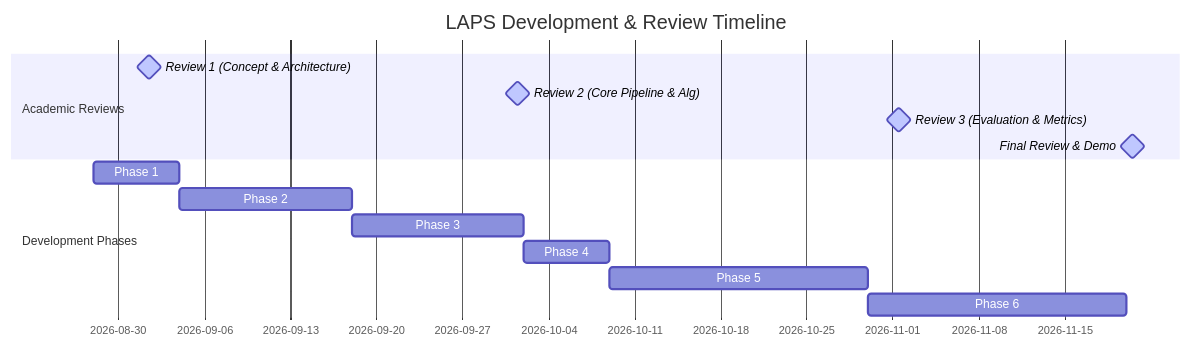
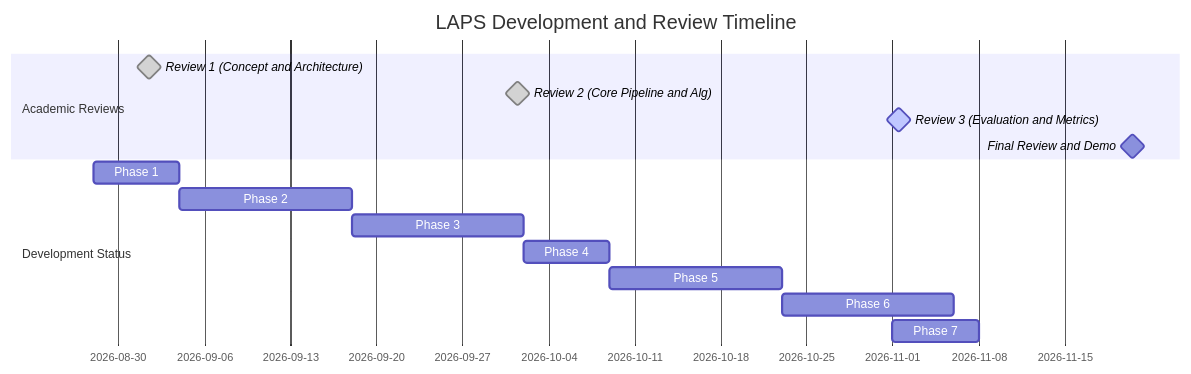
One commit to ISHANTARE/Project-1 changed the diagram in docs/roadmap.md. Above: the diagram before and after it, drawn with Mermaid. The commit also changed other lines of this file and 36 other files, not shown here.

````diff
--- a/docs/roadmap.md
+++ b/docs/roadmap.md
@@ -9,17 +9,18 @@
 ```mermaid
 gantt
-    title LAPS Development & Review Timeline
+    title LAPS Development and Review Timeline
     dateFormat  YYYY-MM-DD
     section Academic Reviews
-    Review 1 (Concept & Architecture)    :milestone, active, 2026-09-01, 1d
-    Review 2 (Core Pipeline & Alg)        :milestone, active, 2026-10-01, 1d
-    Review 3 (Evaluation & Metrics)       :milestone, active, 2026-11-01, 1d
-    Final Review & Demo                   :milestone, active, 2026-11-20, 1d
-    section Development Phases
-    Phase 1: Preprocessing & Data         :2026-08-28, 7d
-    Phase 2: Scorer & Features            :2026-09-04, 14d
-    Phase 3: Threshold & LLM              :2026-09-18, 14d
-    Phase 4: Web Demo                     :2026-10-02, 7d
-    Phase 5: Evaluation & Paper           :2026-10-09, 21d
-    Phase 6: Patent Feasibility & Wrap    :2026-10-30, 21d
+    Review 1 (Concept and Architecture)    :milestone, done, 2026-09-01, 1d
+    Review 2 (Core Pipeline and Alg)       :milestone, done, 2026-10-01, 1d
+    Review 3 (Evaluation and Metrics)      :milestone, active, 2026-11-01, 1d
+    Final Review and Demo                  :milestone, 2026-11-20, 1d
+    section Development Status
+    Phase 1: Preprocessing and LID         :done, 2026-08-28, 7d
+    Phase 2: Neural Scorer and Features    :done, 2026-09-04, 14d
+    Phase 3: 2907-Node Graph DB            :done, 2026-09-18, 14d
+    Phase 4: Web Demo Dashboard            :done, 2026-10-02, 7d
+    Phase 5: Sigmoid and XML Prompter      :done, 2026-10-09, 14d
+    Phase 6: Weight Optimization and Bench :done, 2026-10-23, 14d
+    Phase 7: Gold Corpus and Human Eval    :done, 2026-11-01, 7d
 ```
````
